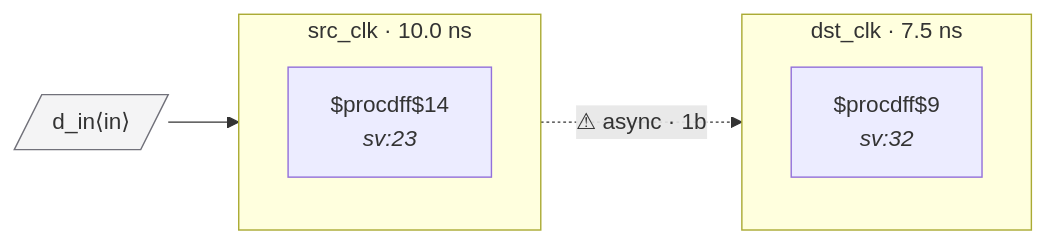
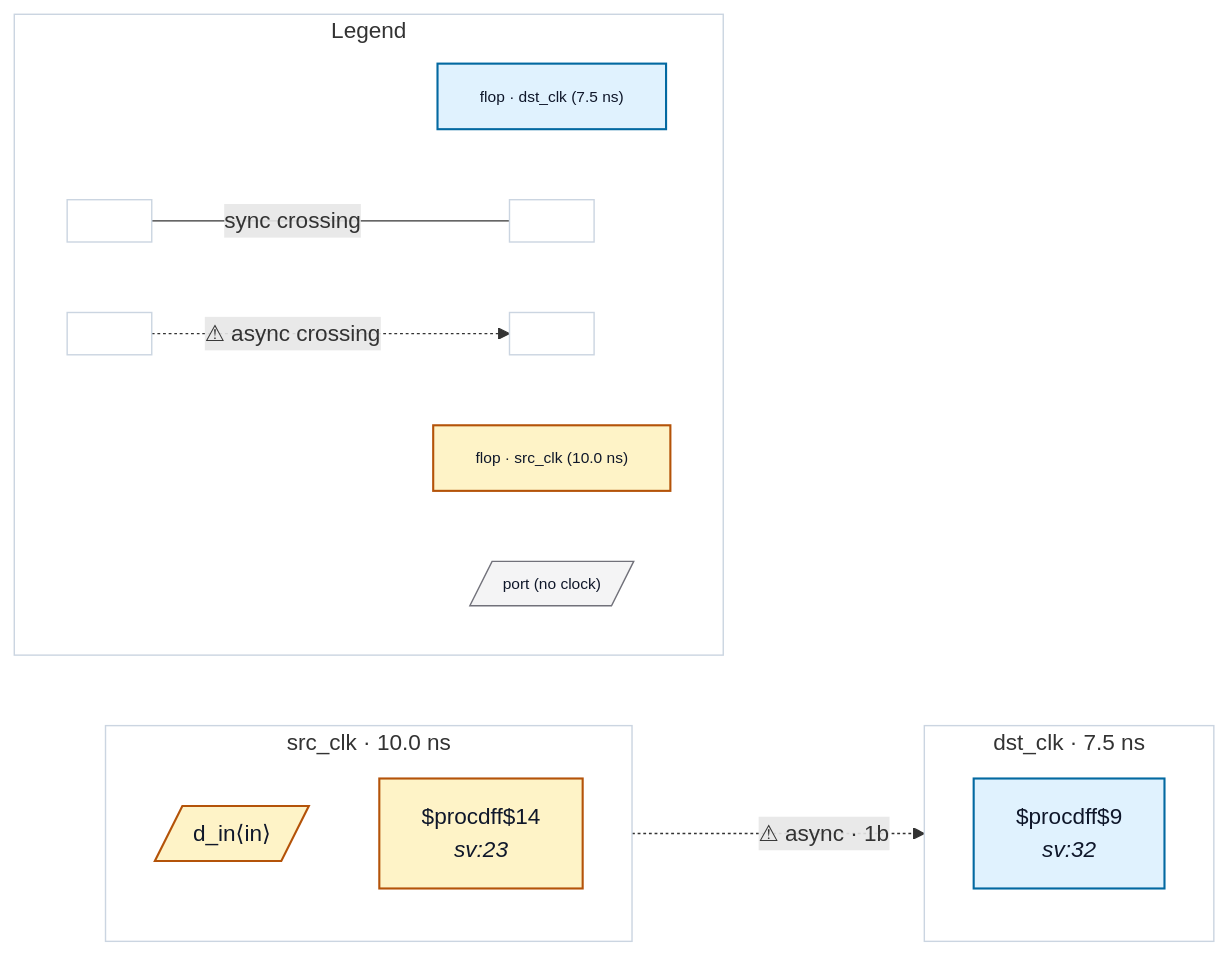
Before and after one commit to rtl-buddy/rtl-buddy-cdc: the diagram in tests/fixtures/marked_single_ff_sync/README.md, drawn with Mermaid. The commit also changed 71 other files, not shown here.

First line of the commit message:
Refresh fixture READMEs + render iterations (colors, legend, nested ports, clock-net edges)

````diff
--- a/tests/fixtures/marked_single_ff_sync/README.md
+++ b/tests/fixtures/marked_single_ff_sync/README.md
@@ -18,16 +18,40 @@
 ```mermaid
 %% marked_single_ff_sync — generated by rtl-buddy-cdc render
 flowchart LR
   subgraph clk_dst_clk["dst_clk · 7.5 ns"]
     direction TB
-    f_181ac36d["$procdff$9<br/><i>sv:32</i>"]
+    f_181ac36d["$procdff$9<br/><i>sv:32</i>"]:::ckcls_dst_clk
   end
   subgraph clk_src_clk["src_clk · 10.0 ns"]
     direction TB
-    f_ca82347b["$procdff$14<br/><i>sv:23</i>"]
+    p_in_d_in[/"d_in⟨in⟩"/]:::ckcls_src_clk
+    f_ca82347b["$procdff$14<br/><i>sv:23</i>"]:::ckcls_src_clk
   end
-  p_in_d_in[/"d_in⟨in⟩"/]:::port
-  p_in_d_in --> f_ca82347b
   f_ca82347b -. "⚠ async · 1b" .-> f_181ac36d
-  classDef port fill:#f4f4f5,stroke:#71717a
+  subgraph rb_legend["Legend"]
+    direction LR
+    lg_clk_dst_clk["flop · dst_clk (7.5 ns)"]:::ckcls_dst_clk
+    lg_clk_src_clk["flop · src_clk (10.0 ns)"]:::ckcls_src_clk
+    lg_port[/"port (no clock)"/]:::port_unassigned
+    lg_sync_a[" "]:::ckcls_legend_neutral
+    lg_sync_b[" "]:::ckcls_legend_neutral
+    lg_async_a[" "]:::ckcls_legend_neutral
+    lg_async_b[" "]:::ckcls_legend_neutral
+    lg_sync_a --- |"sync crossing"| lg_sync_b
+    lg_async_a -. "⚠ async crossing" .-> lg_async_b
+  end
+  style clk_dst_clk fill:none,stroke:#cbd5e1
+  style clk_src_clk fill:none,stroke:#cbd5e1
+  style rb_legend fill:none,stroke:#cbd5e1
+  style lg_clk_dst_clk font-size:11px
+  style lg_clk_src_clk font-size:11px
+  style lg_port font-size:11px
+  style lg_sync_a font-size:11px
+  style lg_sync_b font-size:11px
+  style lg_async_a font-size:11px
+  style lg_async_b font-size:11px
+  classDef ckcls_dst_clk fill:#e0f2fe,stroke:#0369a1,stroke-width:1.5px,color:#0f172a
+  classDef ckcls_src_clk fill:#fef3c7,stroke:#b45309,stroke-width:1.5px,color:#0f172a
+  classDef port_unassigned fill:#f4f4f5,stroke:#71717a,color:#0f172a
+  classDef ckcls_legend_neutral fill:#ffffff,stroke:#cbd5e1,stroke-width:1px,color:#0f172a
 ```
````
